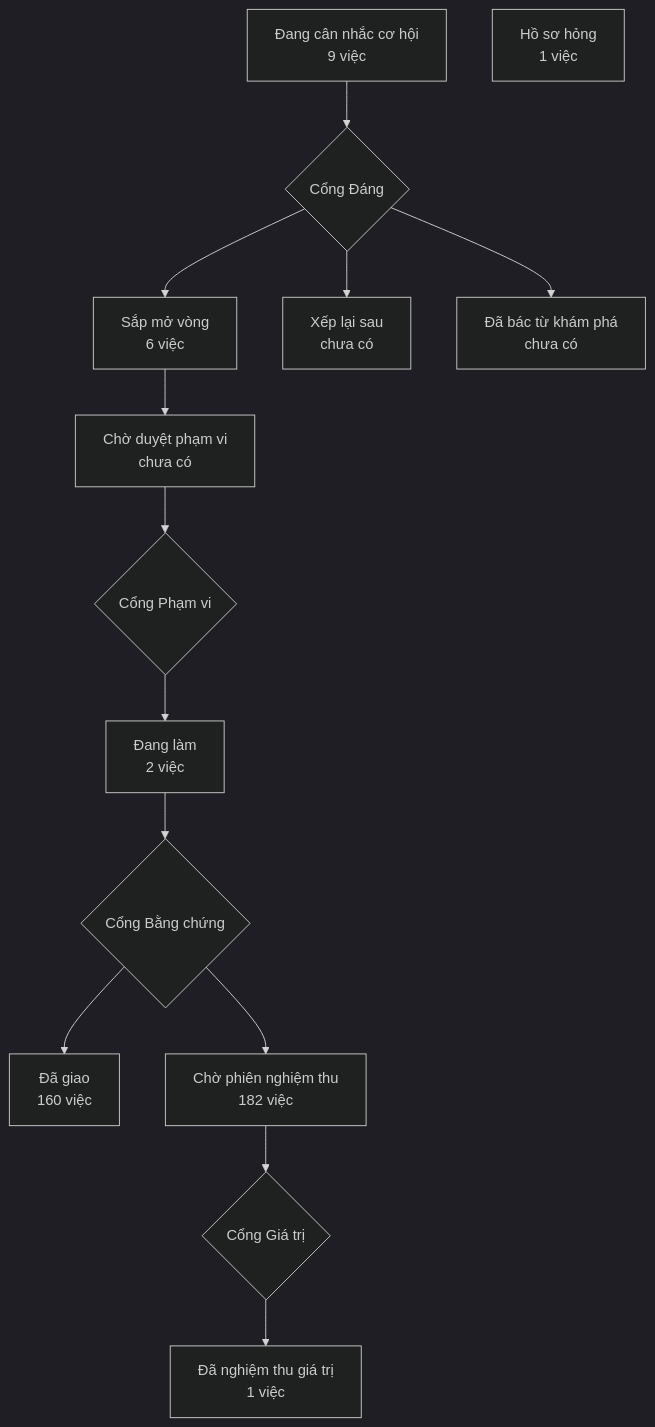
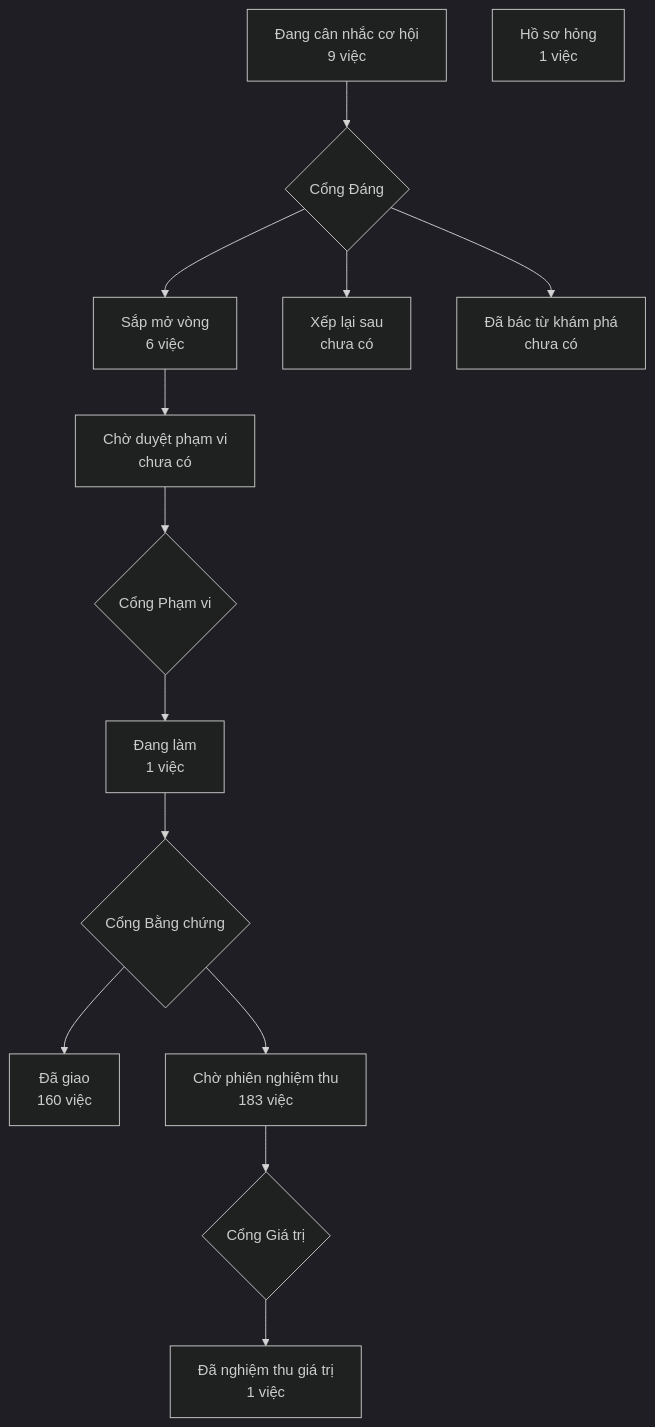
Before and after one commit to phanlemanh/crm-onehub: the diagram in PRODUCT-MAP.md, drawn with Mermaid (dark theme). The commit also changed 4 other files, not shown here.

````diff
--- a/PRODUCT-MAP.md
+++ b/PRODUCT-MAP.md
@@ -7,13 +7,13 @@
 ```mermaid
 flowchart TD
   A["Đang cân nhắc cơ hội<br/>9 việc"] --> GD{"Cổng Đáng"}
   GD --> B["Sắp mở vòng<br/>6 việc"]
   GD --> XL["Xếp lại sau<br/>chưa có"]
   GD --> DB["Đã bác từ khám phá<br/>chưa có"]
   B --> CD["Chờ duyệt phạm vi<br/>chưa có"] --> GP{"Cổng Phạm vi"}
-  GP --> DL["Đang làm<br/>2 việc"] --> GB{"Cổng Bằng chứng"}
+  GP --> DL["Đang làm<br/>1 việc"] --> GB{"Cổng Bằng chứng"}
   GB --> DG["Đã giao<br/>160 việc"]
-  GB --> CN["Chờ phiên nghiệm thu<br/>182 việc"] --> GG{"Cổng Giá trị"}
+  GB --> CN["Chờ phiên nghiệm thu<br/>183 việc"] --> GG{"Cổng Giá trị"}
   GG --> NT["Đã nghiệm thu giá trị<br/>1 việc"]
   HS["Hồ sơ hỏng<br/>1 việc"]
 ```
````
